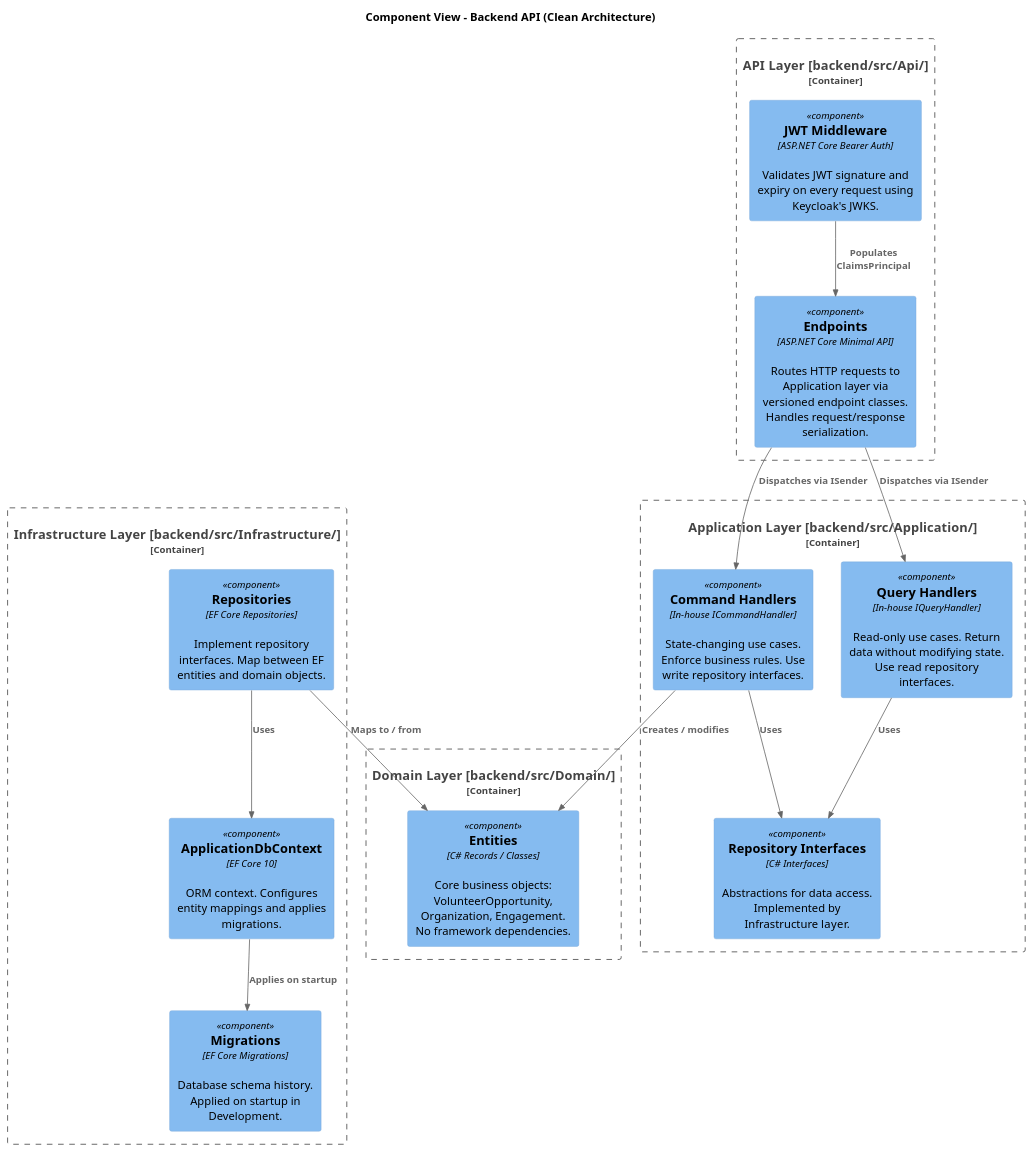
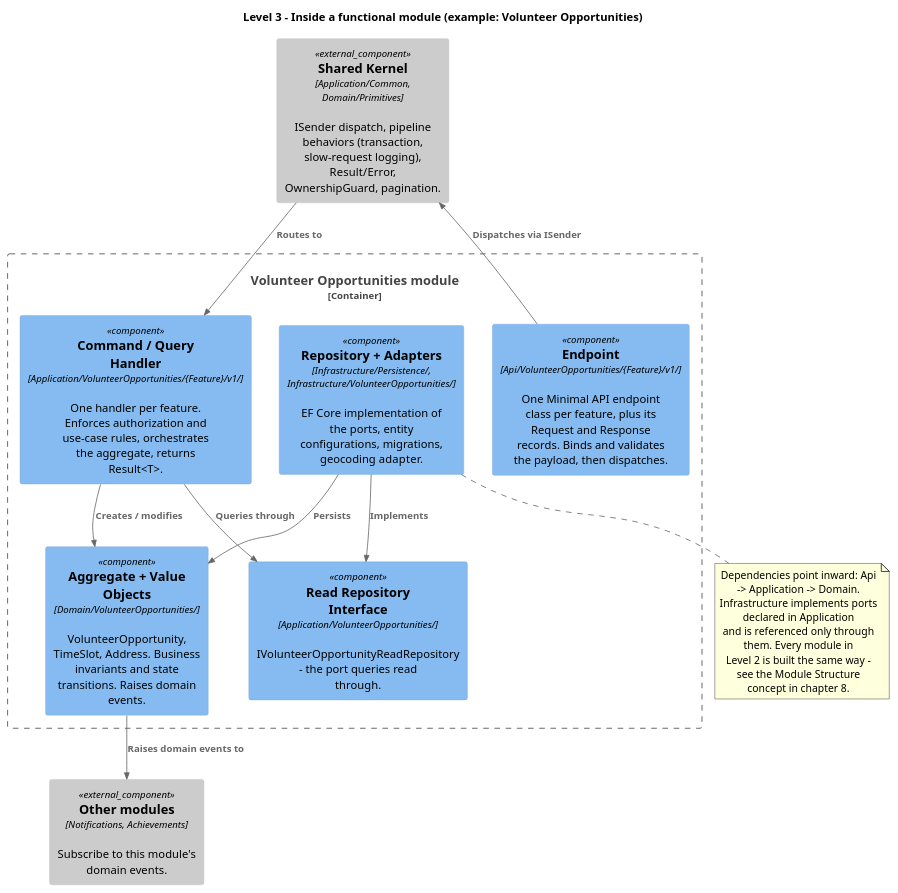
Before and after one commit to maik-hasler/einsatzbereit: the diagram in docs/Architecture/images/component-backend.puml, drawn with PlantUML. The commit also changed 17 other files, not shown here.

First line of the commit message:
docs: cut the building block view along business function, add the domain model (#1756)

```diff
--- a/docs/Architecture/images/component-backend.puml
+++ b/docs/Architecture/images/component-backend.puml
@@ -1,38 +1,34 @@
-@startuml Backend Component View
+@startuml Backend Module Internals
 
 !include <C4/C4_Component>
 
-title Component View - Backend API (Clean Architecture)
+title Level 3 - Inside a functional module (example: Volunteer Opportunities)
 
-Container_Boundary(api, "API Layer  [backend/src/Api/]") {
-		Component(endpoints, "Endpoints", "ASP.NET Core Minimal API", "Routes HTTP requests to Application layer via versioned endpoint classes. Handles request/response serialization.")
-		Component(auth_mw, "JWT Middleware", "ASP.NET Core Bearer Auth", "Validates JWT signature and expiry on every request using Keycloak's JWKS.")
+Container_Boundary(module, "Volunteer Opportunities module") {
+	Component(endpoint, "Endpoint", "Api/VolunteerOpportunities/{Feature}/v1/", "One Minimal API endpoint class per feature, plus its Request and Response records. Binds and validates the payload, then dispatches.")
+	Component(handler, "Command / Query Handler", "Application/VolunteerOpportunities/{Feature}/v1/", "One handler per feature. Enforces authorization and use-case rules, orchestrates the aggregate, returns Result<T>.")
+	Component(aggregate, "Aggregate + Value Objects", "Domain/VolunteerOpportunities/", "VolunteerOpportunity, TimeSlot, Address. Business invariants and state transitions. Raises domain events.")
+	Component(readrepo, "Read Repository Interface", "Application/VolunteerOpportunities/", "IVolunteerOpportunityReadRepository - the port queries read through.")
+	Component(impl, "Repository + Adapters", "Infrastructure/Persistence/, Infrastructure/VolunteerOpportunities/", "EF Core implementation of the ports, entity configurations, migrations, geocoding adapter.")
 }
 
-Container_Boundary(application, "Application Layer  [backend/src/Application/]") {
-		Component(queries, "Query Handlers", "In-house IQueryHandler", "Read-only use cases. Return data without modifying state. Use read repository interfaces.")
-		Component(commands, "Command Handlers", "In-house ICommandHandler", "State-changing use cases. Enforce business rules. Use write repository interfaces.")
-		Component(repo_interfaces, "Repository Interfaces", "C# Interfaces", "Abstractions for data access. Implemented by Infrastructure layer.")
-}
+Component_Ext(shared, "Shared Kernel", "Application/Common, Domain/Primitives", "ISender dispatch, pipeline behaviors (transaction, slow-request logging), Result/Error, OwnershipGuard, pagination.")
+Component_Ext(other, "Other modules", "Notifications, Achievements", "Subscribe to this module's domain events.")
 
-Container_Boundary(domain, "Domain Layer  [backend/src/Domain/]") {
-		Component(entities, "Entities", "C# Records / Classes", "Core business objects: VolunteerOpportunity, Organization, Engagement. No framework dependencies.")
-}
+Rel(endpoint, shared, "Dispatches via ISender")
+Rel(shared, handler, "Routes to")
+Rel(handler, aggregate, "Creates / modifies")
+Rel(handler, readrepo, "Queries through")
+Rel(impl, readrepo, "Implements")
+Rel(impl, aggregate, "Persists")
+Rel(aggregate, other, "Raises domain events to")
 
-Container_Boundary(infrastructure, "Infrastructure Layer  [backend/src/Infrastructure/]") {
-		Component(db_context, "ApplicationDbContext", "EF Core 10", "ORM context. Configures entity mappings and applies migrations.")
-		Component(repositories, "Repositories", "EF Core Repositories", "Implement repository interfaces. Map between EF entities and domain objects.")
-		Component(migrations, "Migrations", "EF Core Migrations", "Database schema history. Applied on startup in Development.")
-}
-
-Rel(endpoints, queries, "Dispatches via ISender")
-Rel(endpoints, commands, "Dispatches via ISender")
-Rel(auth_mw, endpoints, "Populates ClaimsPrincipal")
-Rel(queries, repo_interfaces, "Uses")
-Rel(commands, repo_interfaces, "Uses")
-Rel(commands, entities, "Creates / modifies")
-Rel(repositories, db_context, "Uses")
-Rel(repositories, entities, "Maps to / from")
-Rel(db_context, migrations, "Applies on startup")
+note bottom of impl
+	Dependencies point inward: Api -> Application -> Domain.
+	Infrastructure implements ports declared in Application
+	and is referenced only through them. Every module in
+	Level 2 is built the same way - see the Module Structure
+	concept in chapter 8.
+end note
 
 @enduml
```
